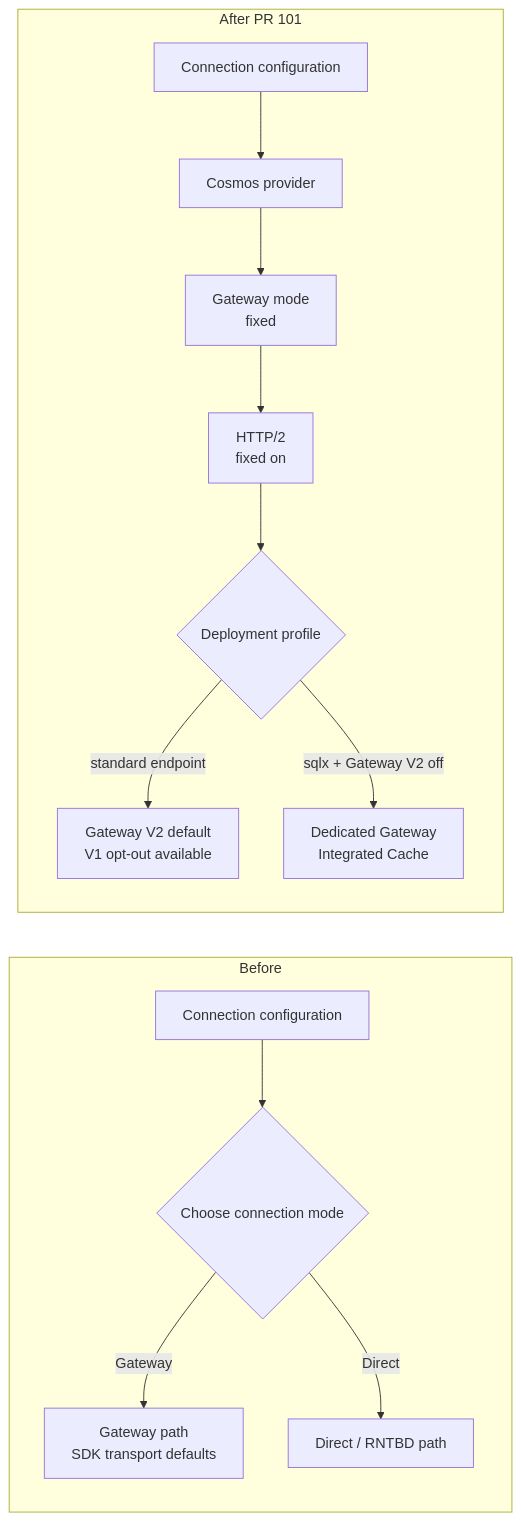
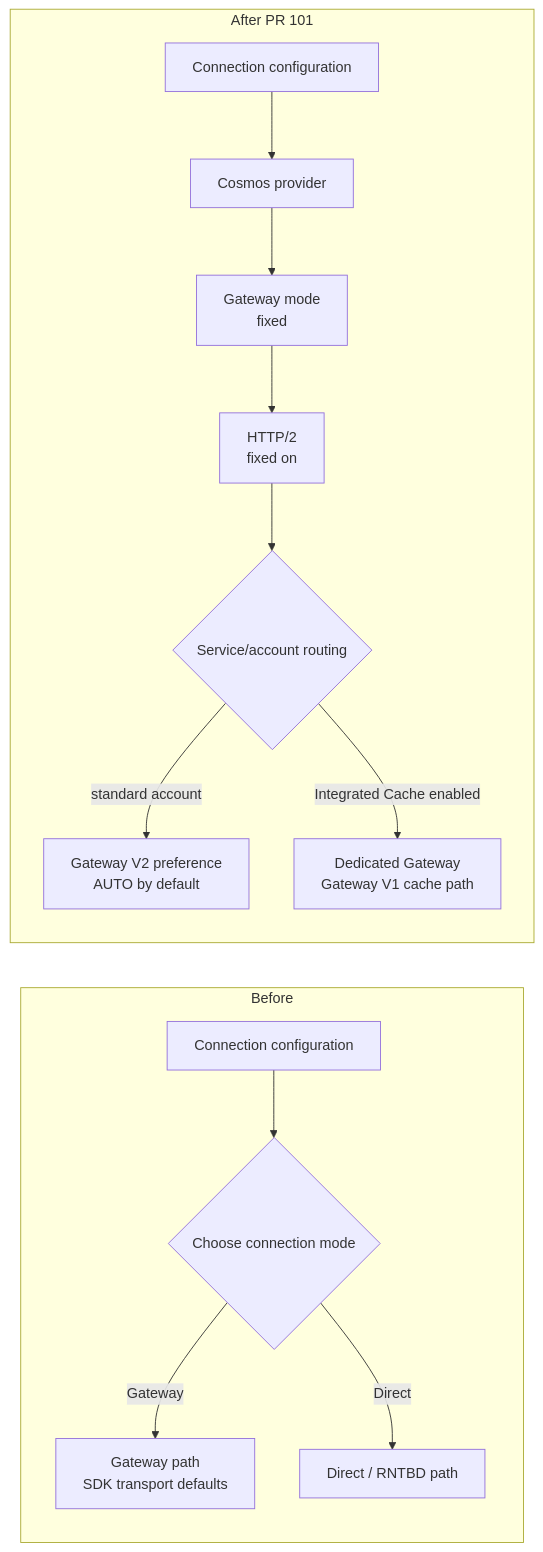
The first of 4 diagrams in specs/feat/cosmos-gateway-defaults/design.md (allenkim0129/multiclouddb-sdk-for-java), drawn with Mermaid before and after one commit. The commit also changed other lines of this file and 15 other files, not shown here.

First line of the commit message:
fix(cosmos): align Gateway V2 cache routing

````diff
--- a/specs/feat/cosmos-gateway-defaults/design.md
+++ b/specs/feat/cosmos-gateway-defaults/design.md
@@ -26,21 +28,21 @@
 ```mermaid
 flowchart LR
     subgraph Before["Before"]
         direction TB
         BConfig["Connection configuration"]
         BConfig --> BMode{"Choose connection mode"}
         BMode -->|Gateway| BGateway["Gateway path<br/>SDK transport defaults"]
         BMode -->|Direct| BDirect["Direct / RNTBD path"]
     end
 
     subgraph After["After PR 101"]
         direction TB
         AConfig["Connection configuration"]
         AConfig --> AProvider["Cosmos provider"]
         AProvider --> AGateway["Gateway mode<br/>fixed"]
         AGateway --> AHttp2["HTTP/2<br/>fixed on"]
-        AHttp2 --> AProfile{"Deployment profile"}
-        AProfile -->|standard endpoint| AThin["Gateway V2 default<br/>V1 opt-out available"]
-        AProfile -->|sqlx + Gateway V2 off| ACache["Dedicated Gateway<br/>Integrated Cache"]
+        AHttp2 --> AProfile{"Service/account routing"}
+        AProfile -->|standard account| AThin["Gateway V2 preference<br/>AUTO by default"]
+        AProfile -->|Integrated Cache enabled| ACache["Dedicated Gateway<br/>Gateway V1 cache path"]
     end
 ```
````
